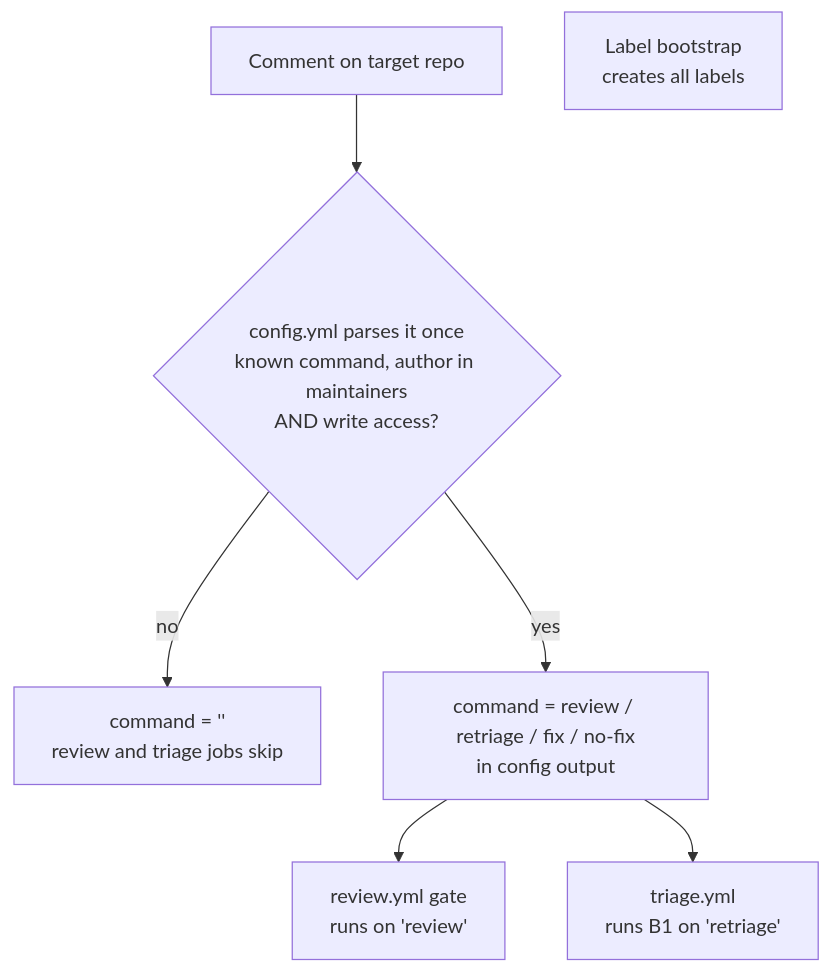
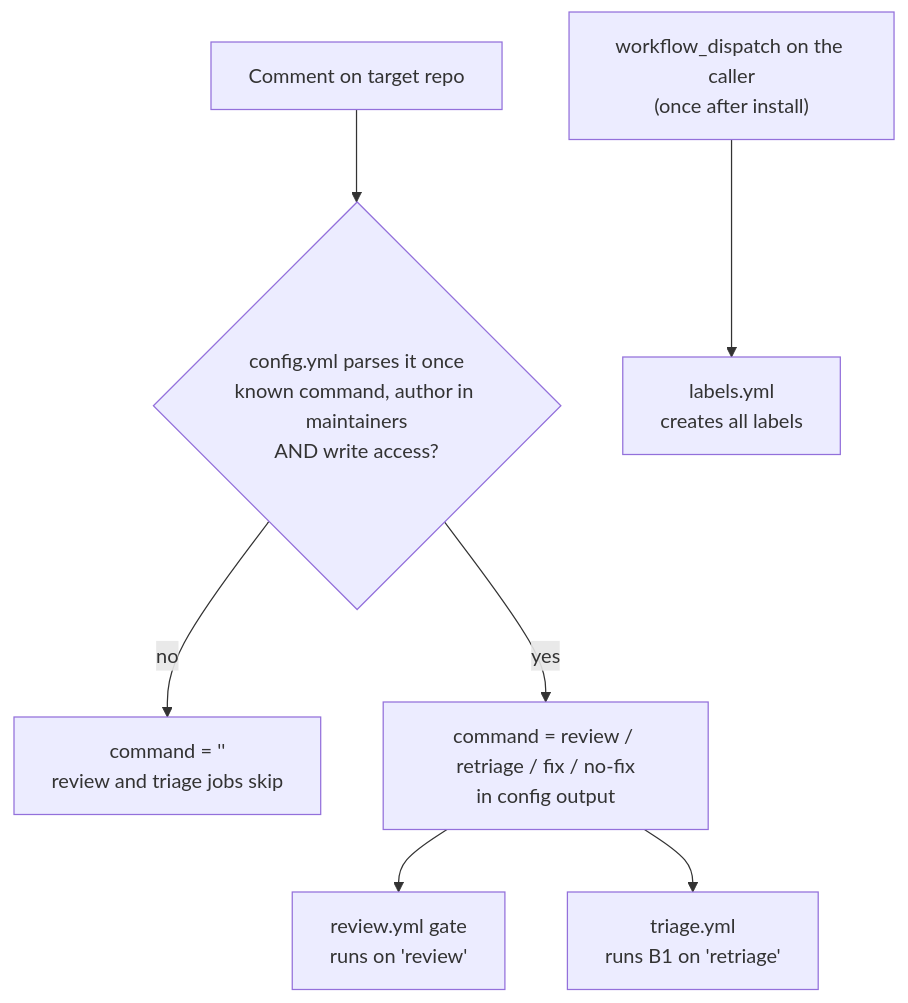
The second of 14 diagrams in docs/diagrams.md (esciara/ai-workflows), drawn with Mermaid before and after one commit. The commit also changed other lines of this file and 1 other file, not shown here.

First line of the commit message:
docs(diagrams): full hand-maintained refresh (2026-11-14)

````diff
--- a/docs/diagrams.md
+++ b/docs/diagrams.md
@@ -120,9 +196,9 @@
 ```mermaid
 flowchart TD
   C["Comment on target repo"] --> P{"config.yml parses it once<br/>known command, author in maintainers<br/>AND write access?"}
   P -- no --> I["command = ''<br/>review and triage jobs skip"]
   P -- yes --> O["command = review / retriage / fix / no-fix<br/>in config output"]
   O --> RV["review.yml gate<br/>runs on 'review'"]
   O --> TR["triage.yml<br/>runs B1 on 'retriage'"]
-  L["Label bootstrap<br/>creates all labels"]
+  D["workflow_dispatch on the caller<br/>(once after install)"] --> L["labels.yml<br/>creates all labels"]
 ```
````
